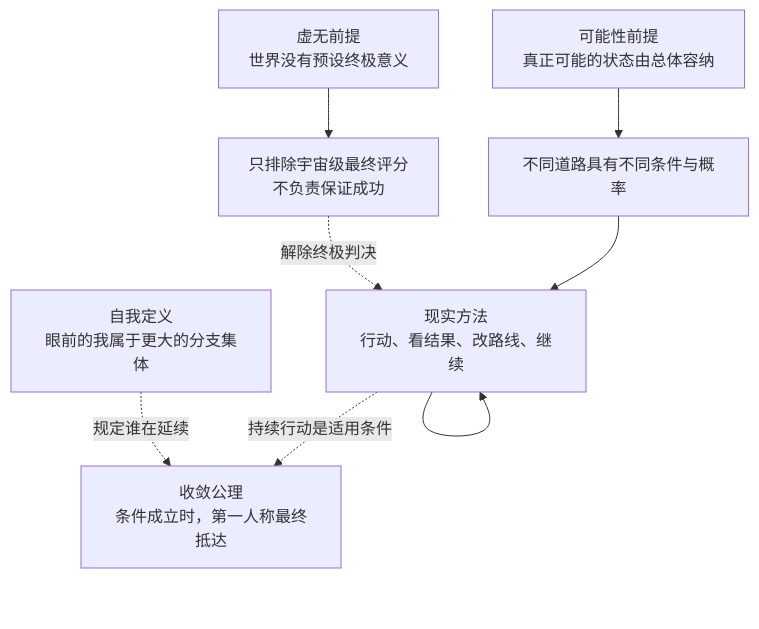
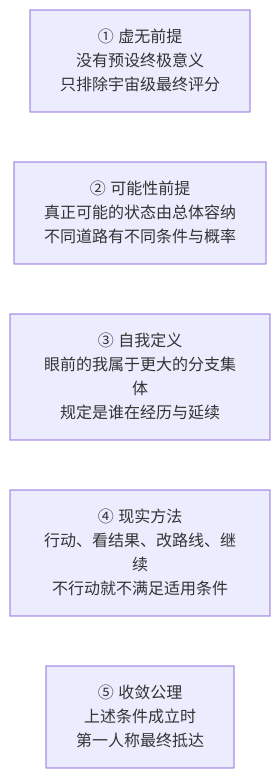
Before and after one commit to touensan/touen-circle-of-possibility: the diagram in README.md, drawn with Mermaid. The commit also changed other lines of this file, not shown here.

Commit message:
Improve framework map on mobile

````diff
--- a/README.md
+++ b/README.md
@@ -228,18 +228,13 @@
 ```mermaid
 flowchart TB
-    A["虚无前提<br/>世界没有预设终极意义"]
-    A1["只排除宇宙级最终评分<br/>不负责保证成功"]
-    B["可能性前提<br/>真正可能的状态由总体容纳"]
-    B1["不同道路具有不同条件与概率"]
-    C["自我定义<br/>眼前的我属于更大的分支集体"]
-    D["现实方法<br/>行动、看结果、改路线、继续"]
-    E["收敛公理<br/>条件成立时，第一人称最终抵达"]
+    A["① 虚无前提<br/>没有预设终极意义<br/>只排除宇宙级最终评分"]
+    B["② 可能性前提<br/>真正可能的状态由总体容纳<br/>不同道路有不同条件与概率"]
+    C["③ 自我定义<br/>眼前的我属于更大的分支集体<br/>规定是谁在经历与延续"]
+    D["④ 现实方法<br/>行动、看结果、改路线、继续<br/>不行动就不满足适用条件"]
+    E["⑤ 收敛公理<br/>上述条件成立时<br/>第一人称最终抵达"]
 
-    A --> A1
-    B --> B1
-    A1 -. "解除终极判决" .-> D
-    B1 --> D
-    D --> D
-    C -. "规定谁在延续" .-> E
-    D -. "持续行动是适用条件" .-> E
+    A ~~~ B
+    B ~~~ C
+    C ~~~ D
+    D ~~~ E
 ```
````
